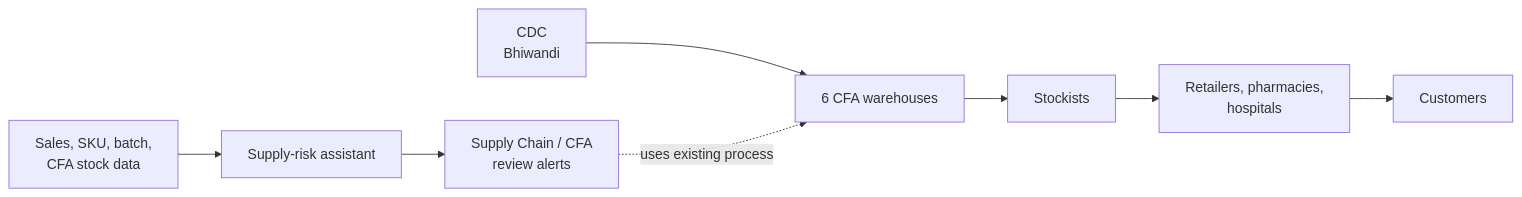
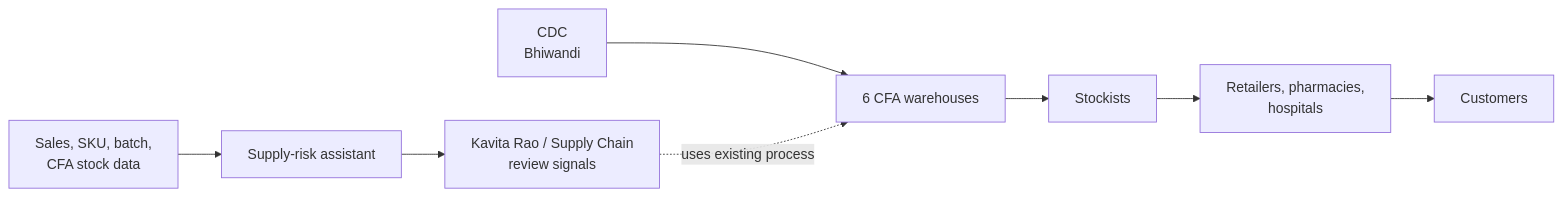
One commit to palashdange/Project_Pfizer changed the second of 3 diagrams in pfizer-channel-engagement_learner-pack/discovery/solution_business_flow.md. Above: the diagram before and after it, drawn with Mermaid. The commit also changed other lines of this file and 24 other files, not shown here.

````diff
--- a/pfizer-channel-engagement_learner-pack/discovery/solution_business_flow.md
+++ b/pfizer-channel-engagement_learner-pack/discovery/solution_business_flow.md
@@ -7,11 +26,11 @@
 ```mermaid
 flowchart LR
     CDC[CDC<br/>Bhiwandi] --> CFA[6 CFA warehouses]
     CFA --> ST[Stockists]
     ST --> RET[Retailers, pharmacies,<br/>hospitals]
     RET --> CUSTOMER[Customers]
 
     DATA[Sales, SKU, batch,<br/>CFA stock data] --> ASSISTANT[Supply-risk assistant]
-    ASSISTANT --> REVIEW[Supply Chain / CFA<br/>review alerts]
+    ASSISTANT --> REVIEW[Kavita Rao / Supply Chain<br/>review signals]
     REVIEW -. uses existing process .-> CFA
 ```
````
